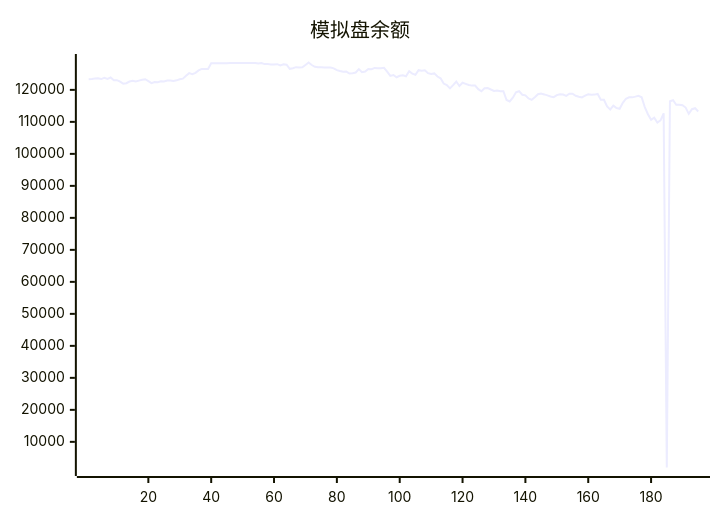
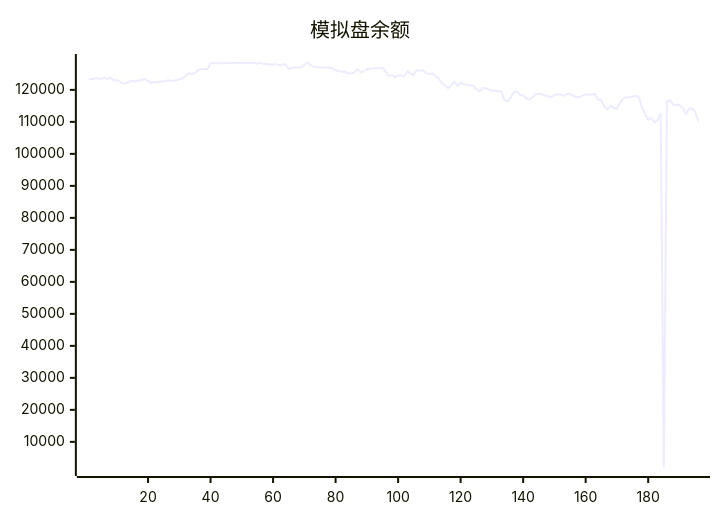
One commit to aahl/ai-trading changed the diagram in README.md. Above: the diagram before and after it, drawn with Mermaid. The commit also changed other lines of this file and 1 other file, not shown here.

````diff
--- a/README.md
+++ b/README.md
@@ -78,5 +5,5 @@
 ```mermaid
 xychart
     title "模拟盘余额"
-    line [123338,123402,123530,123592,123378,123745,123413,123853,123009,123040,122557,121938,122095,122599,122856,122597,122898,123160,123319,122719,122087,122454,122416,122685,122592,122907,122961,122776,122981,123295,123507,124403,125224,124894,125303,126088,126544,126534,126549,128335,128318,128318,128318,128318,128318,128424,128424,128424,128424,128424,128424,128424,128424,128424,128247,128412,128062,128087,127917,127901,128026,127611,128000,127850,126572,126770,127100,126971,127029,127783,128554,127765,127224,127064,127044,127009,127025,127004,126738,126152,125871,125635,125707,125117,125217,125420,126480,125545,125715,126511,126424,126856,126764,126788,126890,125710,124381,124632,123936,124402,124574,124256,125833,125070,124739,126154,125966,126145,125213,124943,125143,124157,123604,121959,121476,120476,121470,122610,121201,122221,121889,121522,121332,121344,120232,119559,120513,120577,120108,119680,119777,119572,119568,116839,116392,117573,119250,119585,118469,118277,117338,116897,117706,118628,118849,118579,118280,117926,117735,118373,118639,118544,118136,118798,118819,118162,117874,117649,118215,118601,118463,118517,118713,116911,116899,114798,113887,115084,114313,114091,115934,117221,117658,117658,117883,118164,117693,114632,112403,110644,111313,109777,110444,112673,1984,116419,116772,115355,115355,115198,114476,112510,113954,114276,113223]
+    line [123338,123402,123530,123592,123378,123745,123413,123853,123009,123040,122557,121938,122095,122599,122856,122597,122898,123160,123319,122719,122087,122454,122416,122685,122592,122907,122961,122776,122981,123295,123507,124403,125224,124894,125303,126088,126544,126534,126549,128335,128318,128318,128318,128318,128318,128424,128424,128424,128424,128424,128424,128424,128424,128424,128247,128412,128062,128087,127917,127901,128026,127611,128000,127850,126572,126770,127100,126971,127029,127783,128554,127765,127224,127064,127044,127009,127025,127004,126738,126152,125871,125635,125707,125117,125217,125420,126480,125545,125715,126511,126424,126856,126764,126788,126890,125710,124381,124632,123936,124402,124574,124256,125833,125070,124739,126154,125966,126145,125213,124943,125143,124157,123604,121959,121476,120476,121470,122610,121201,122221,121889,121522,121332,121344,120232,119559,120513,120577,120108,119680,119777,119572,119568,116839,116392,117573,119250,119585,118469,118277,117338,116897,117706,118628,118849,118579,118280,117926,117735,118373,118639,118544,118136,118798,118819,118162,117874,117649,118215,118601,118463,118517,118713,116911,116899,114798,113887,115084,114313,114091,115934,117221,117658,117658,117883,118164,117693,114632,112403,110644,111313,109777,110444,112673,1984,116419,116772,115355,115355,115198,114476,112510,113954,114276,113223,110151]
 ```
````
